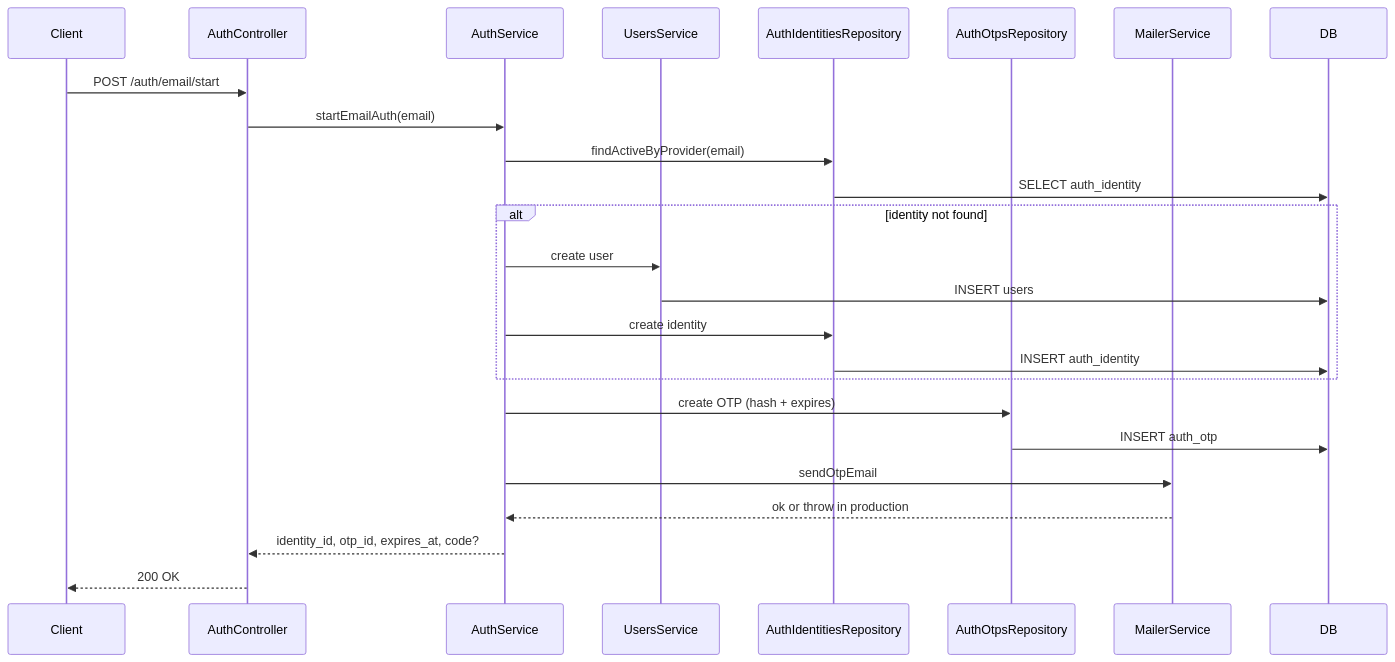
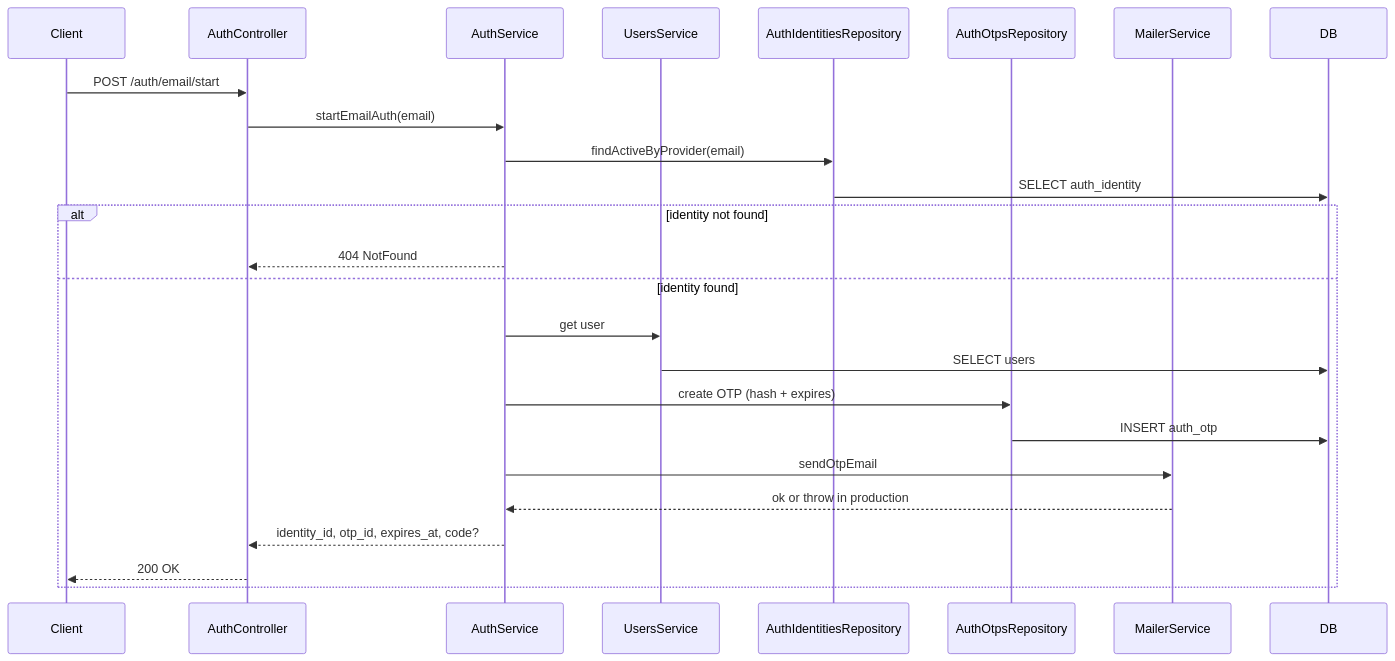
One commit to chepuhasasha/local changed the third of 6 diagrams in docs/security/authentication.md. Above: the diagram before and after it, drawn with Mermaid. The commit also changed other lines of this file and 10 other files, not shown here.

````diff
--- a/docs/security/authentication.md
+++ b/docs/security/authentication.md
@@ -68,28 +95,28 @@
 ```mermaid
 sequenceDiagram
   participant Client
   participant AuthController
   participant AuthService
   participant UsersService
   participant AuthIdentitiesRepository
   participant AuthOtpsRepository
   participant MailerService
   participant DB
 
   Client->>AuthController: POST /auth/email/start
   AuthController->>AuthService: startEmailAuth(email)
   AuthService->>AuthIdentitiesRepository: findActiveByProvider(email)
   AuthIdentitiesRepository->>DB: SELECT auth_identity
   alt identity not found
-    AuthService->>UsersService: create user
-    UsersService->>DB: INSERT users
-    AuthService->>AuthIdentitiesRepository: create identity
-    AuthIdentitiesRepository->>DB: INSERT auth_identity
+    AuthService-->>AuthController: 404 NotFound
+  else identity found
+    AuthService->>UsersService: get user
+    UsersService->>DB: SELECT users
+    AuthService->>AuthOtpsRepository: create OTP (hash + expires)
+    AuthOtpsRepository->>DB: INSERT auth_otp
+    AuthService->>MailerService: sendOtpEmail
+    MailerService-->>AuthService: ok or throw in production
+    AuthService-->>AuthController: identity_id, otp_id, expires_at, code?
+    AuthController-->>Client: 200 OK
   end
-  AuthService->>AuthOtpsRepository: create OTP (hash + expires)
-  AuthOtpsRepository->>DB: INSERT auth_otp
-  AuthService->>MailerService: sendOtpEmail
-  MailerService-->>AuthService: ok or throw in production
-  AuthService-->>AuthController: identity_id, otp_id, expires_at, code?
-  AuthController-->>Client: 200 OK
 ```
````
